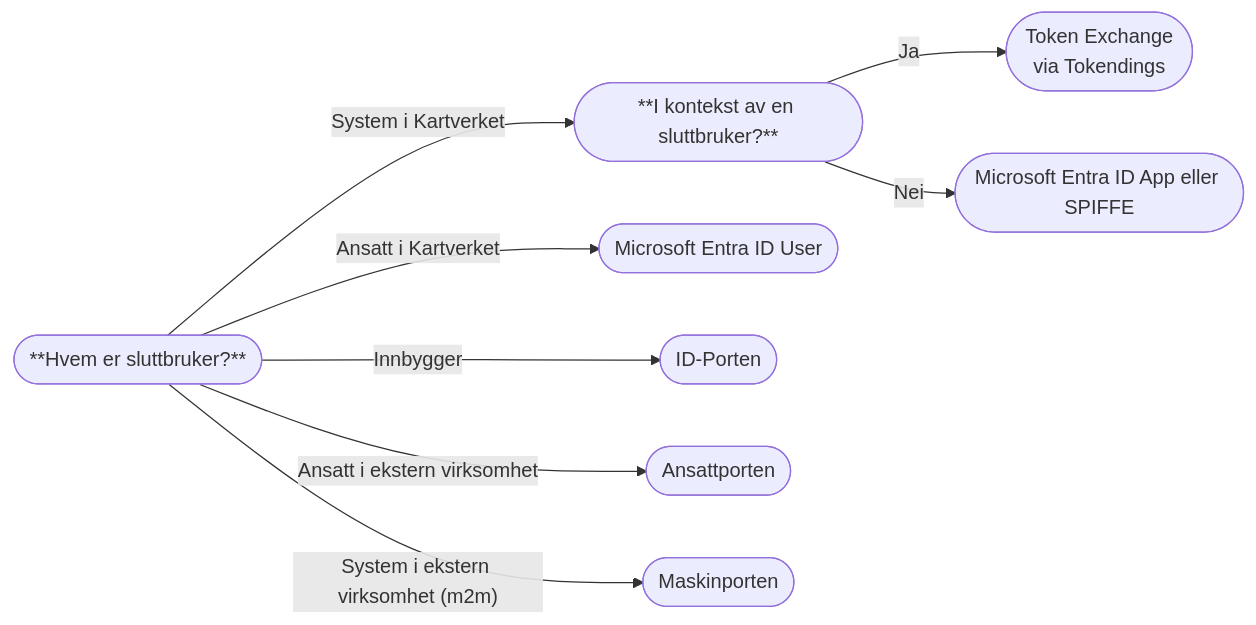
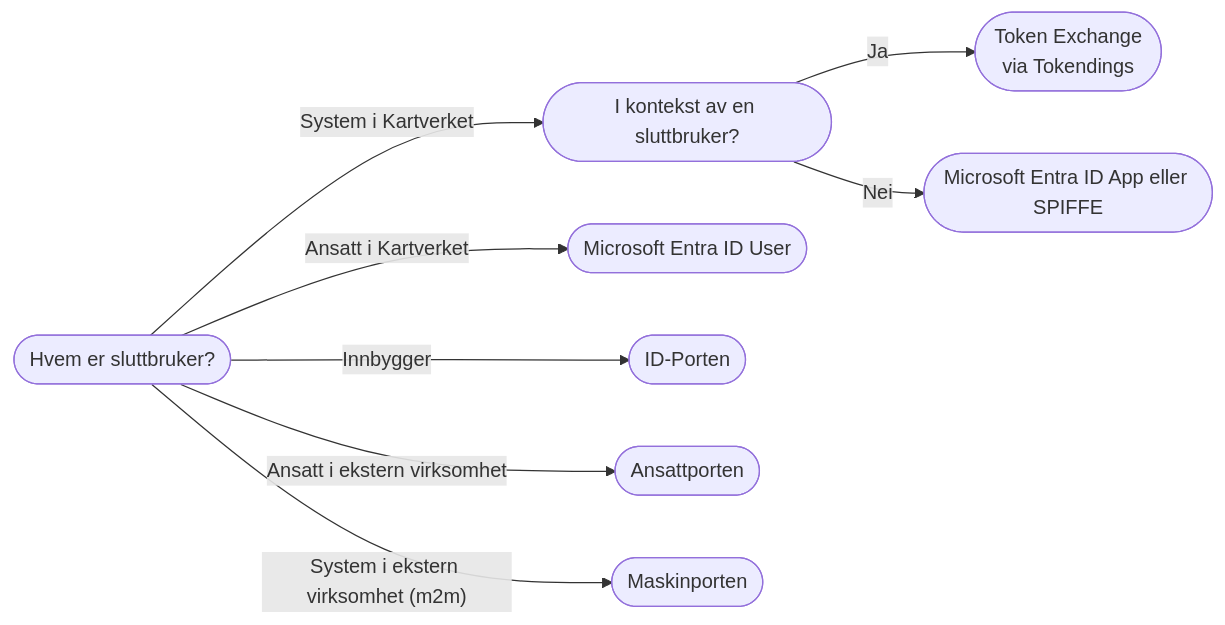
Before and after one commit to kartverket/skip.kartverket.no: the first of 2 diagrams in docs/08-tilgangsstyring/01-valg-av-identitetstilbyder/index.mdx, drawn with Mermaid. The commit also changed other lines of this file and 33 other files, not shown here.

````diff
--- a/docs/08-tilgangsstyring/01-valg-av-identitetstilbyder/index.mdx
+++ b/docs/08-tilgangsstyring/01-valg-av-identitetstilbyder/index.mdx
@@ -16,14 +16,14 @@
 ```mermaid
 flowchart LR;
-  konsument([**Hvem er sluttbruker?**]);
-  flyt([**I kontekst av en sluttbruker?**]);
+  konsument([Hvem er sluttbruker?]);
+  flyt([I kontekst av en sluttbruker?]);
 
   konsument -- "System i Kartverket" --> flyt;
   flyt -- "Ja" --> tokendings([Token Exchange<br>via Tokendings]);
   flyt -- "Nei" --> entra-id-app([Microsoft Entra ID App eller SPIFFE]);
   konsument -- "Ansatt i Kartverket" --> entra-id-user([Microsoft Entra ID User]);
   konsument -- "Innbygger" --> id-porten([ID-Porten]);
   konsument -- "Ansatt i ekstern virksomhet" --> ansattporten([Ansattporten]);
   konsument -- "System i ekstern virksomhet (m2m)" --> maskinporten([Maskinporten]);
 
 ```
````
